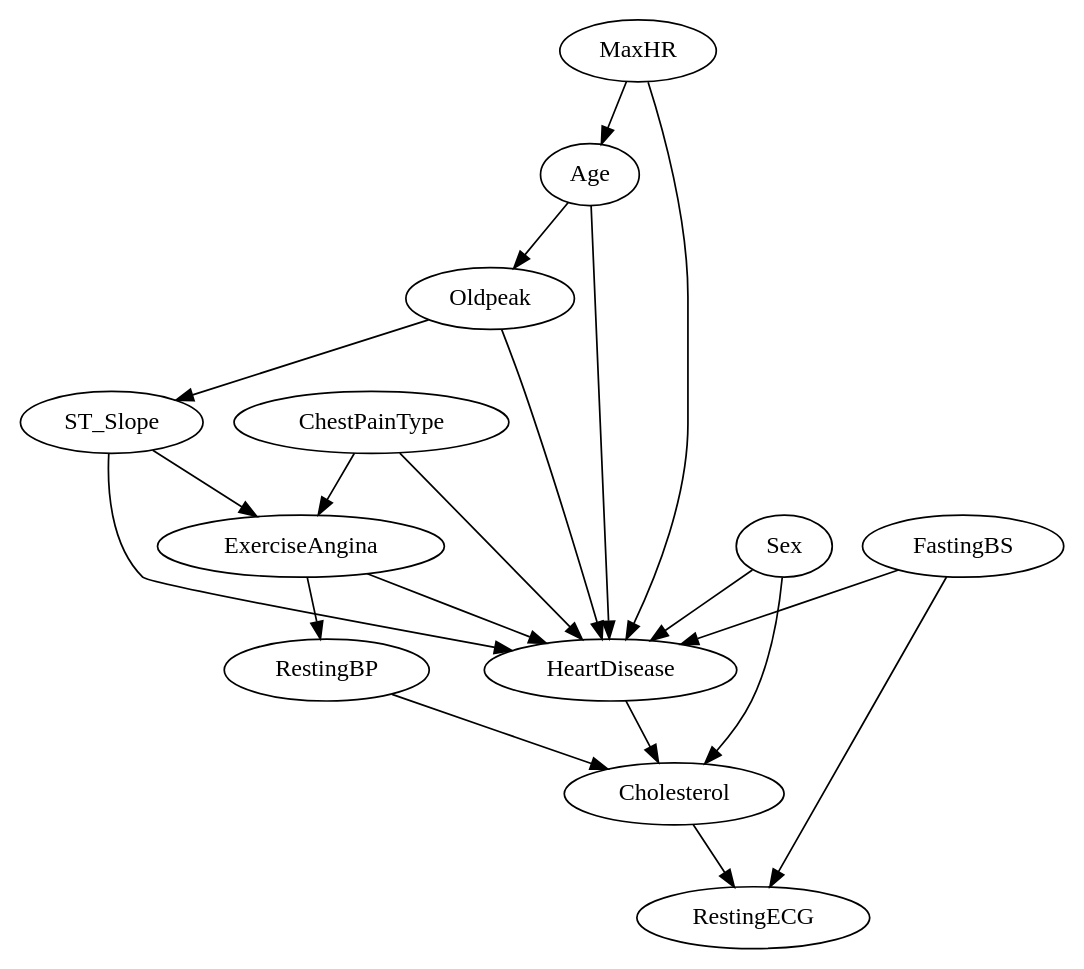
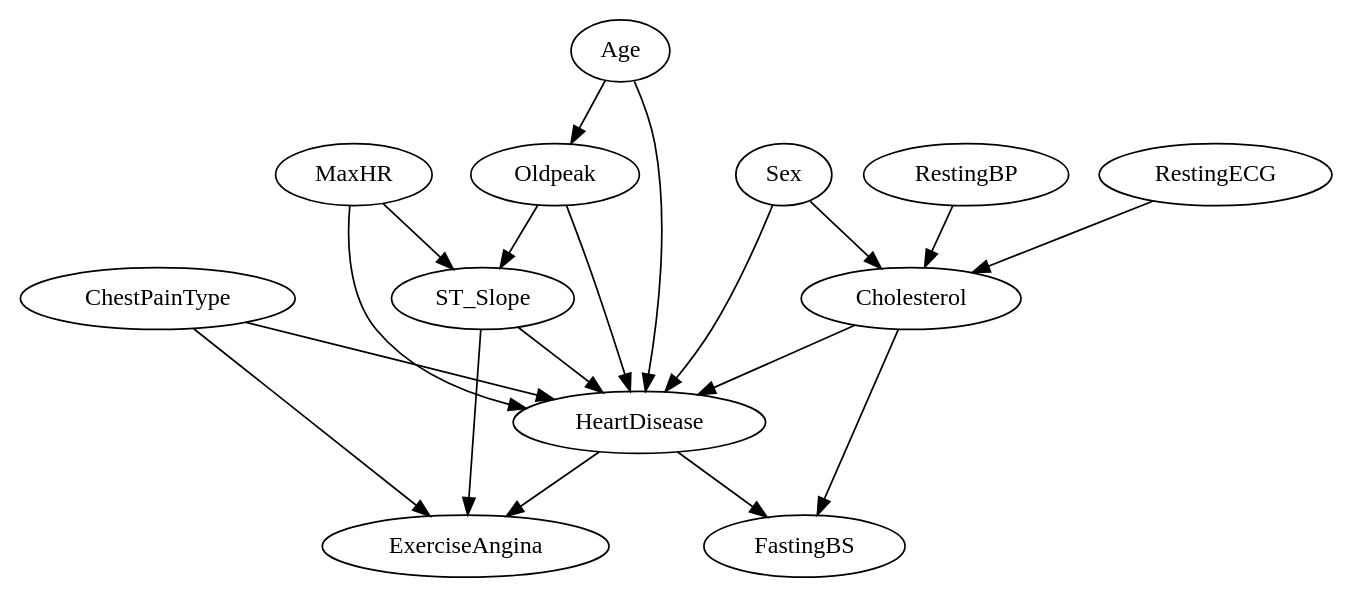
The diagram in P1/Learned Bayesian Network.gv (SagarParekh97/Decision-Making-under-Uncertainty), drawn with Graphviz before and after one commit. The commit also changed 18 other files, not shown here.

```diff
--- a/P1/Learned Bayesian Network.gv
+++ b/P1/Learned Bayesian Network.gv
@@ -1,34 +1,33 @@
 // BN learned from data using Hill Climb Search
 digraph "Learned Bayesian Network" {
 	Age
 	Sex
 	ChestPainType
 	RestingBP
 	Cholesterol
 	FastingBS
 	RestingECG
 	MaxHR
 	ExerciseAngina
 	Oldpeak
 	ST_Slope
 	HeartDisease
-	MaxHR -> Age
-	ExerciseAngina -> RestingBP
-	HeartDisease -> Cholesterol
+	RestingECG -> Cholesterol
+	Sex -> Cholesterol
 	RestingBP -> Cholesterol
-	Sex -> Cholesterol
-	Cholesterol -> RestingECG
-	FastingBS -> RestingECG
+	HeartDisease -> FastingBS
+	Cholesterol -> FastingBS
+	HeartDisease -> ExerciseAngina
+	ChestPainType -> ExerciseAngina
 	ST_Slope -> ExerciseAngina
-	ChestPainType -> ExerciseAngina
 	Age -> Oldpeak
 	Oldpeak -> ST_Slope
+	MaxHR -> ST_Slope
 	ST_Slope -> HeartDisease
 	ChestPainType -> HeartDisease
-	ExerciseAngina -> HeartDisease
-	FastingBS -> HeartDisease
+	Cholesterol -> HeartDisease
 	MaxHR -> HeartDisease
+	Age -> HeartDisease
 	Sex -> HeartDisease
-	Age -> HeartDisease
 	Oldpeak -> HeartDisease
 }
```
